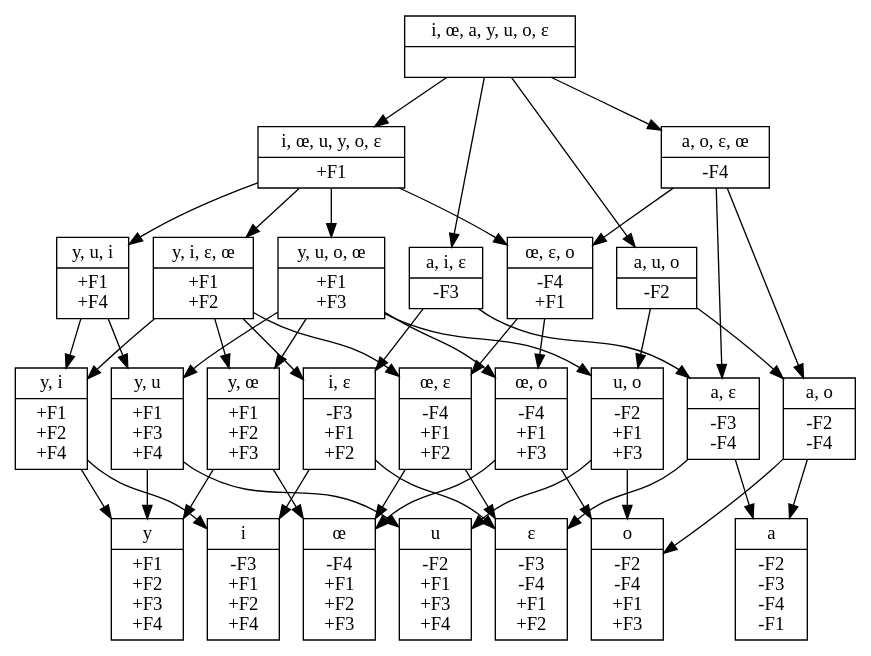
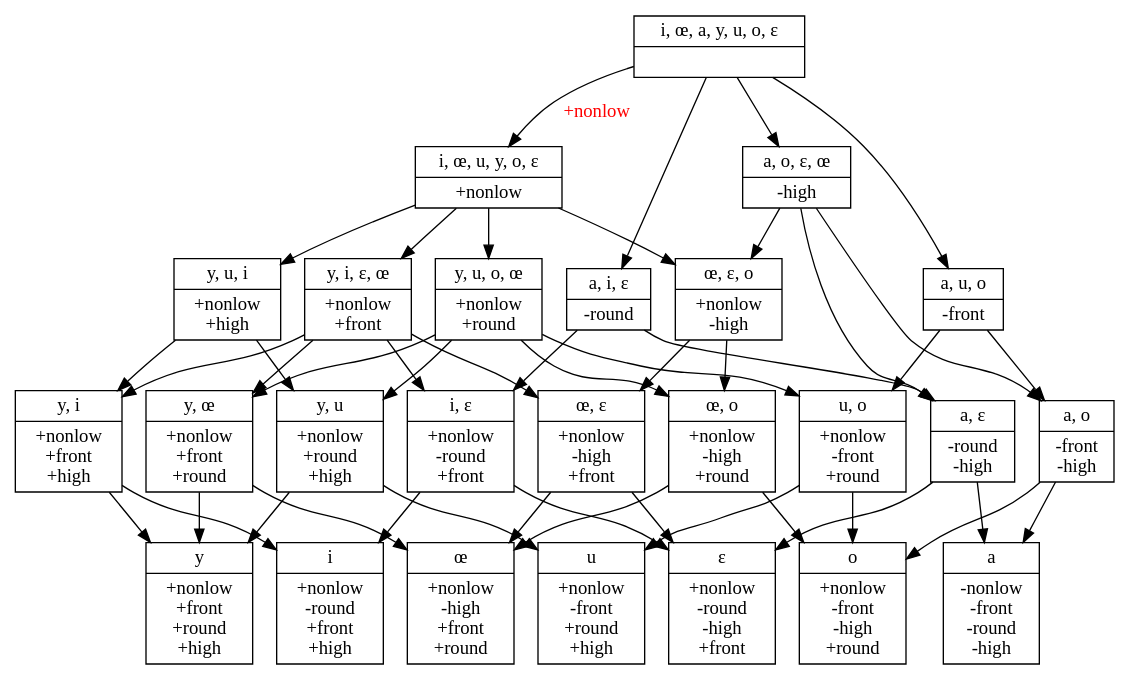
The diagram in squib/diagrams/vowel_inventory_full.gv (rdaland/Pheatures), drawn with Graphviz before and after one commit.

Commit message:
changed Fn to named features

```diff
--- a/squib/diagrams/vowel_inventory_full.gv
+++ b/squib/diagrams/vowel_inventory_full.gv
@@ -1,30 +1,49 @@
 // None
 digraph {
 	0 [label="{<segs> i, œ, a, y, u, o, ɛ |<feats>  }",shape=record]
-	1 [label="{<segs> i, œ, u, y, o, ɛ |<feats> +F1 }",shape=record]
-	2 [label="{<segs> y, i, ɛ, œ |<feats> +F1\n+F2 }",shape=record]
-	3 [label="{<segs> y, u, o, œ |<feats> +F1\n+F3 }",shape=record]
-	4 [label="{<segs> y, u, i |<feats> +F1\n+F4 }",shape=record]
-	5 [label="{<segs> i |<feats> -F3\n+F1\n+F2\n+F4 }",shape=record]
-	6 [label="{<segs> y |<feats> +F1\n+F2\n+F3\n+F4 }",shape=record]
-	7 [label="{<segs> u |<feats> -F2\n+F1\n+F3\n+F4 }",shape=record]
-	8 [label="{<segs> ɛ |<feats> -F3\n-F4\n+F1\n+F2 }",shape=record]
-	9 [label="{<segs> œ |<feats> -F4\n+F1\n+F2\n+F3 }",shape=record]
-	10 [label="{<segs> o |<feats> -F2\n-F4\n+F1\n+F3 }",shape=record]
-	11 [label="{<segs> a |<feats> -F2\n-F3\n-F4\n-F1 }",shape=record]
-	12 [label="{<segs> y, œ |<feats> +F1\n+F2\n+F3 }",shape=record]
-	13 [label="{<segs> y, i |<feats> +F1\n+F2\n+F4 }",shape=record]
-	14 [label="{<segs> y, u |<feats> +F1\n+F3\n+F4 }",shape=record]
-	15 [label="{<segs> a, u, o |<feats> -F2 }",shape=record]
-	16 [label="{<segs> u, o |<feats> -F2\n+F1\n+F3 }",shape=record]
-	17 [label="{<segs> a, i, ɛ |<feats> -F3 }",shape=record]
-	18 [label="{<segs> i, ɛ |<feats> -F3\n+F1\n+F2 }",shape=record]
-	19 [label="{<segs> a, o, ɛ, œ |<feats> -F4 }",shape=record]
-	20 [label="{<segs> œ, ɛ, o |<feats> -F4\n+F1 }",shape=record]
-	21 [label="{<segs> œ, ɛ |<feats> -F4\n+F1\n+F2 }",shape=record]
-	22 [label="{<segs> œ, o |<feats> -F4\n+F1\n+F3 }",shape=record]
-	23 [label="{<segs> a, o |<feats> -F2\n-F4 }",shape=record]
-	24 [label="{<segs> a, ɛ |<feats> -F3\n-F4 }",shape=record]
-	0 -> 1	0 -> 15	0 -> 17	0 -> 19	1 -> 2	1 -> 3	1 -> 4	1 -> 20	2 -> 12	2 -> 13	2 -> 18	2 -> 21	3 -> 12	3 -> 14	3 -> 16	3 -> 22	4 -> 13	4 -> 14	12 -> 6	12 -> 9	13 -> 5	13 -> 6	14 -> 6	14 -> 7	15 -> 16	15 -> 23	16 -> 7	16 -> 10	17 -> 18	17 -> 24	18 -> 5	18 -> 8	19 -> 20	19 -> 23	19 -> 24	20 -> 21	20 -> 22	21 -> 8	21 -> 9	22 -> 9	22 -> 10	23 -> 10	23 -> 11	24 -> 8	24 -> 11
+	1 [label="{<segs> i, œ, u, y, o, ɛ |<feats> +nonlow }",shape=record]
+	2 [label="{<segs> y, i, ɛ, œ |<feats> +nonlow\n+front }",shape=record]
+	3 [label="{<segs> y, u, o, œ |<feats> +nonlow\n+round }",shape=record]
+	4 [label="{<segs> y, u, i |<feats> +nonlow\n+high }",shape=record]
+	5 [label="{<segs> i |<feats> +nonlow\n-round\n+front\n+high }",shape=record]
+	6 [label="{<segs> y |<feats> +nonlow\n+front\n+round\n+high }",shape=record]
+	7 [label="{<segs> u |<feats> +nonlow\n-front\n+round\n+high }",shape=record]
+	8 [label="{<segs> ɛ |<feats> +nonlow\n-round\n-high\n+front }",shape=record]
+	9 [label="{<segs> œ |<feats> +nonlow\n-high\n+front\n+round }",shape=record]
+	10 [label="{<segs> o |<feats> +nonlow\n-front\n-high\n+round }",shape=record]
+	11 [label="{<segs> a |<feats> -nonlow\n-front\n-round\n-high }",shape=record]
+	12 [label="{<segs> y, œ |<feats> +nonlow\n+front\n+round }",shape=record]
+	13 [label="{<segs> y, i |<feats> +nonlow\n+front\n+high }",shape=record]
+	14 [label="{<segs> y, u |<feats> +nonlow\n+round\n+high }",shape=record]
+	15 [label="{<segs> a, u, o |<feats> -front }",shape=record]
+	16 [label="{<segs> u, o |<feats> +nonlow\n-front\n+round }",shape=record]
+	17 [label="{<segs> a, i, ɛ |<feats> -round }",shape=record]
+	18 [label="{<segs> i, ɛ |<feats> +nonlow\n-round\n+front }",shape=record]
+	19 [label="{<segs> a, o, ɛ, œ |<feats> -high }",shape=record]
+	20 [label="{<segs> œ, ɛ, o |<feats> +nonlow\n-high }",shape=record]
+	21 [label="{<segs> œ, ɛ |<feats> +nonlow\n-high\n+front }",shape=record]
+	22 [label="{<segs> œ, o |<feats> +nonlow\n-high\n+round }",shape=record]
+	23 [label="{<segs> a, o |<feats> -front\n-high }",shape=record]
+	24 [label="{<segs> a, ɛ |<feats> -round\n-high }",shape=record]
+
+	0 -> 1 [label="+nonlow",fontcolor=red]
+	0 -> {15 17 19}
+	1 -> {2 3 4 20}
+	2 -> {12 13 18 21}
+	3 -> {12 14 16 22}
+	4 -> {13 14}
+	12 -> {6 9}
+	13 -> {5 6}
+	14 -> {6 7}
+	15 -> {16 23}
+	16 -> {7 10}
+	17 -> {18 24}
+	18 -> {5 8}
+	19 -> {20 23 24}
+	20 -> {21 22}
+	21 -> {8 9}
+	22 -> {9 10}
+	23 -> {10 11}
+	24 -> {8 11}
 {rank=same; 5 6 7 8 9 10 11}
 }
```
